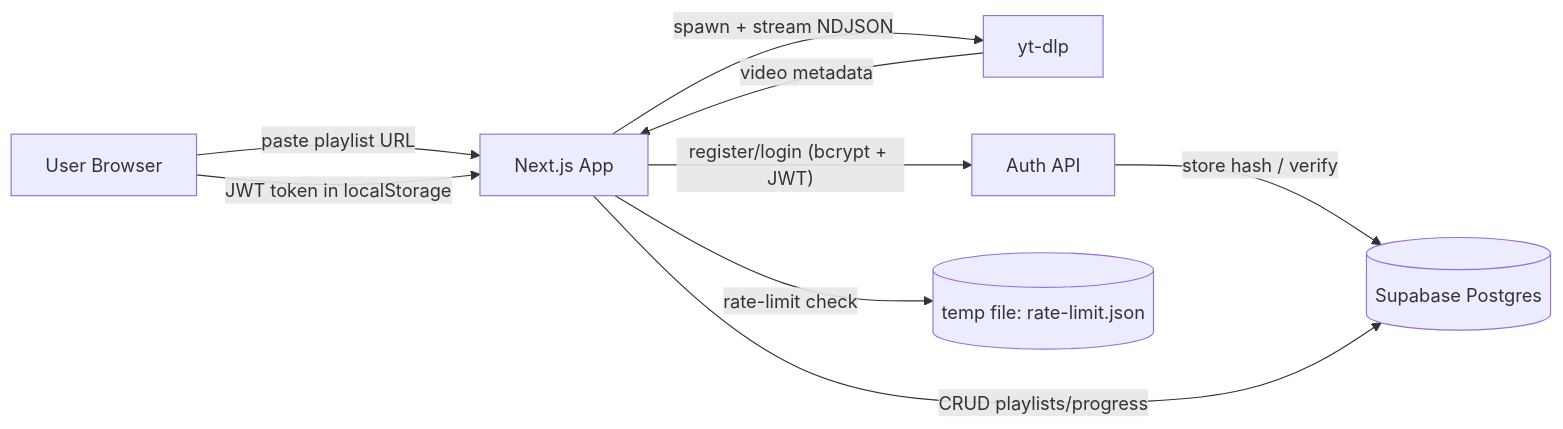
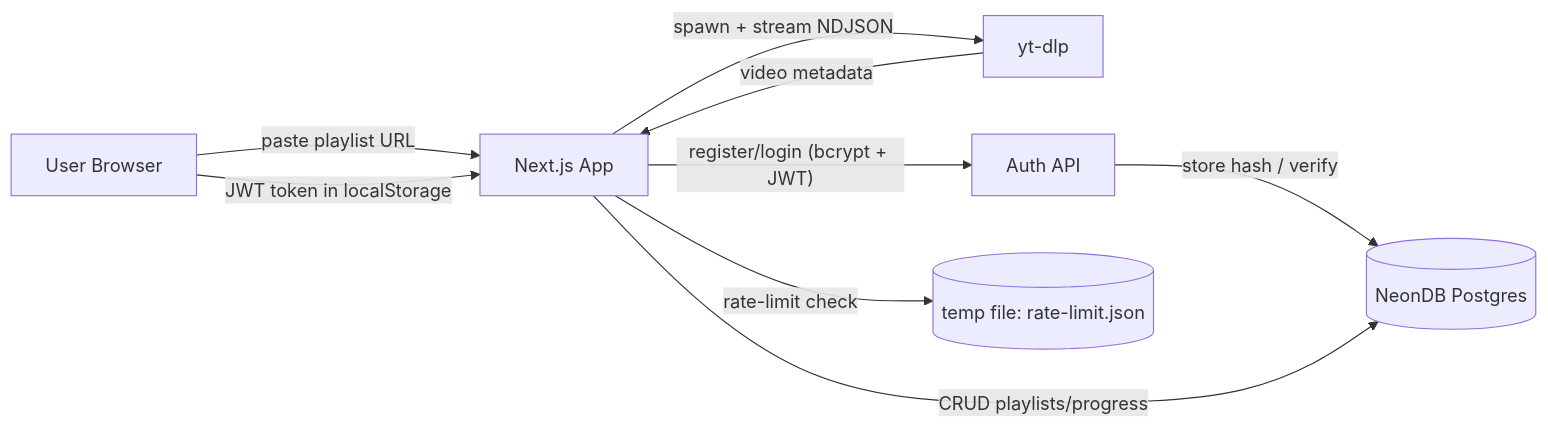
Before and after one commit to Sayantan-B-dev/Ex_TrackTube: the first of 5 diagrams in docs/hld.md, drawn with Mermaid. The commit also changed other lines of this file and 6 other files, not shown here.

First line of the commit message:
docs: update all documentation to reference NeonDB instead of Supabase

````diff
--- a/docs/hld.md
+++ b/docs/hld.md
@@ -5,11 +5,11 @@
 ```mermaid
 flowchart LR
     U[User Browser] -->|"paste playlist URL"| W[Next.js App]
     W -->|"spawn + stream NDJSON"| Y[yt-dlp]
     Y -->|"video metadata"| W
     W -->|"register/login (bcrypt + JWT)"| A[Auth API]
-    A -->|"store hash / verify"| DB[(Supabase Postgres)]
+    A -->|"store hash / verify"| DB[(NeonDB Postgres)]
     W -->|"CRUD playlists/progress"| DB
     U -->|"JWT token in localStorage"| W
     W -->|"rate-limit check"| RL[(temp file: rate-limit.json)]
 ```
````
